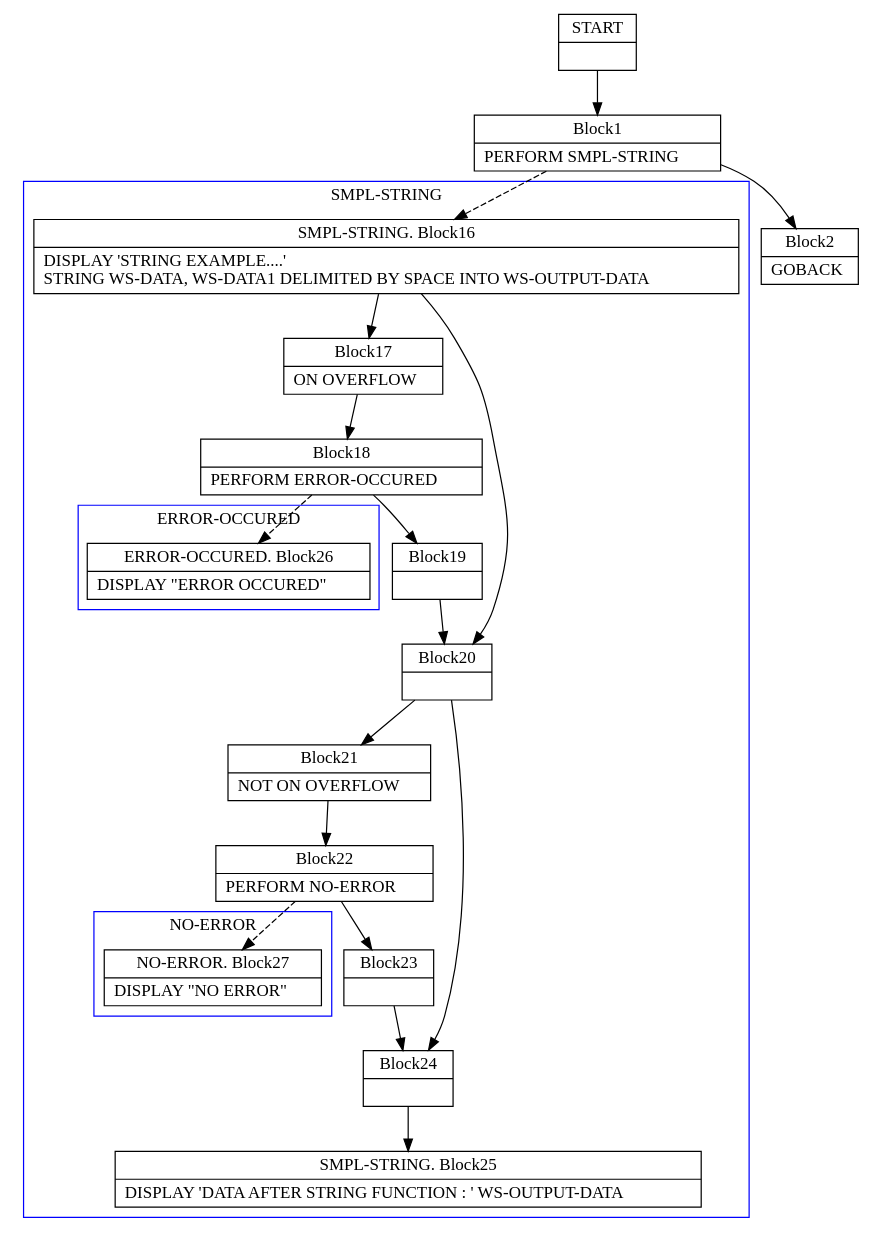
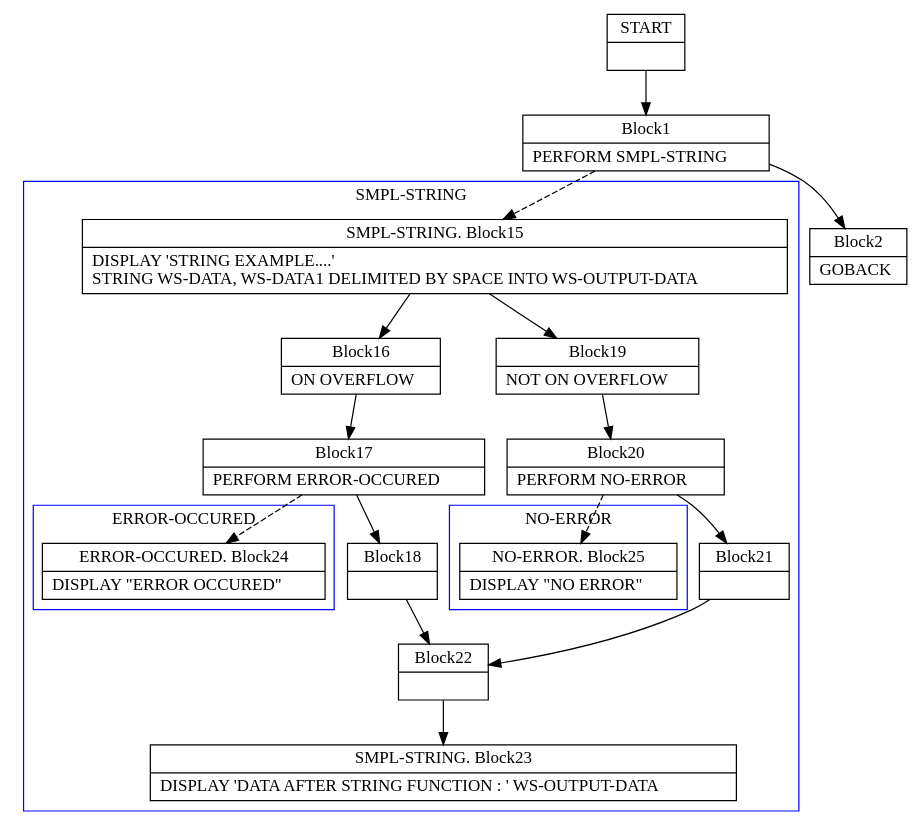
Before and after one commit to TypeCobolTeam/TypeCobol: the diagram in TypeCobol.Analysis.Test/BasicCfgInstrs/String0.dot, drawn with Graphviz. The commit also changed 5 other files, not shown here.

```diff
--- a/TypeCobol.Analysis.Test/BasicCfgInstrs/String0.dot
+++ b/TypeCobol.Analysis.Test/BasicCfgInstrs/String0.dot
@@ -1,90 +1,85 @@
 digraph Cfg {
 compound=true;
 node [
 shape = "record"
 ]
 
 edge [
 arrowtail = "empty"
 ]
 Block0 [
 label = "{START|}"
 ]
 Block1 [
 label = "{Block1|    PERFORM SMPL-STRING\l}"
 ]
 subgraph cluster_1{
 color = blue;
 label = "SMPL-STRING";
+Block15 [
+label = "{SMPL-STRING. Block15|    DISPLAY 'STRING EXAMPLE....'\l    STRING WS-DATA, WS-DATA1 DELIMITED BY SPACE        INTO WS-OUTPUT-DATA\l}"
+]
 Block16 [
-label = "{SMPL-STRING. Block16|    DISPLAY 'STRING EXAMPLE....'\l    STRING WS-DATA, WS-DATA1 DELIMITED BY SPACE        INTO WS-OUTPUT-DATA\l}"
+label = "{Block16|      ON OVERFLOW\l}"
 ]
 Block17 [
-label = "{Block17|      ON OVERFLOW\l}"
-]
-Block18 [
-label = "{Block18|         PERFORM ERROR-OCCURED\l}"
+label = "{Block17|         PERFORM ERROR-OCCURED\l}"
 ]
 subgraph cluster_2{
 color = blue;
 label = "ERROR-OCCURED";
-Block26 [
-label = "{ERROR-OCCURED. Block26|    DISPLAY \"ERROR OCCURED\"\l}"
+Block24 [
+label = "{ERROR-OCCURED. Block24|    DISPLAY \"ERROR OCCURED\"\l}"
 ]
 
 }
-Block18 -> Block26 [style=dashed]
+Block17 -> Block24 [style=dashed]
 
+Block18 [
+label = "{Block18|}"
+]
+Block22 [
+label = "{Block22|}"
+]
+Block23 [
+label = "{SMPL-STRING. Block23|    DISPLAY 'DATA AFTER STRING FUNCTION : ' WS-OUTPUT-DATA\l}"
+]
 Block19 [
-label = "{Block19|}"
+label = "{Block19|      NOT ON OVERFLOW\l}"
 ]
 Block20 [
-label = "{Block20|}"
-]
-Block21 [
-label = "{Block21|      NOT ON OVERFLOW\l}"
-]
-Block22 [
-label = "{Block22|         PERFORM NO-ERROR\l}"
+label = "{Block20|         PERFORM NO-ERROR\l}"
 ]
 subgraph cluster_3{
 color = blue;
 label = "NO-ERROR";
-Block27 [
-label = "{NO-ERROR. Block27|    DISPLAY \"NO ERROR\"\l}"
+Block25 [
+label = "{NO-ERROR. Block25|    DISPLAY \"NO ERROR\"\l}"
 ]
 
 }
-Block22 -> Block27 [style=dashed]
+Block20 -> Block25 [style=dashed]
 
-Block23 [
-label = "{Block23|}"
+Block21 [
+label = "{Block21|}"
 ]
-Block24 [
-label = "{Block24|}"
-]
-Block25 [
-label = "{SMPL-STRING. Block25|    DISPLAY 'DATA AFTER STRING FUNCTION : ' WS-OUTPUT-DATA\l}"
-]
+Block15 -> Block16
+Block15 -> Block19
 Block16 -> Block17
-Block16 -> Block20
 Block17 -> Block18
-Block18 -> Block19
+Block18 -> Block22
+Block22 -> Block23
 Block19 -> Block20
 Block20 -> Block21
-Block20 -> Block24
 Block21 -> Block22
-Block22 -> Block23
-Block23 -> Block24
-Block24 -> Block25
 
 }
-Block1 -> Block16 [style=dashed]
+Block1 -> Block15 [style=dashed]
 
 Block2 [
 label = "{Block2|    GOBACK\l}"
 ]
 Block0 -> Block1
 Block1 -> Block2
 
 }
```
